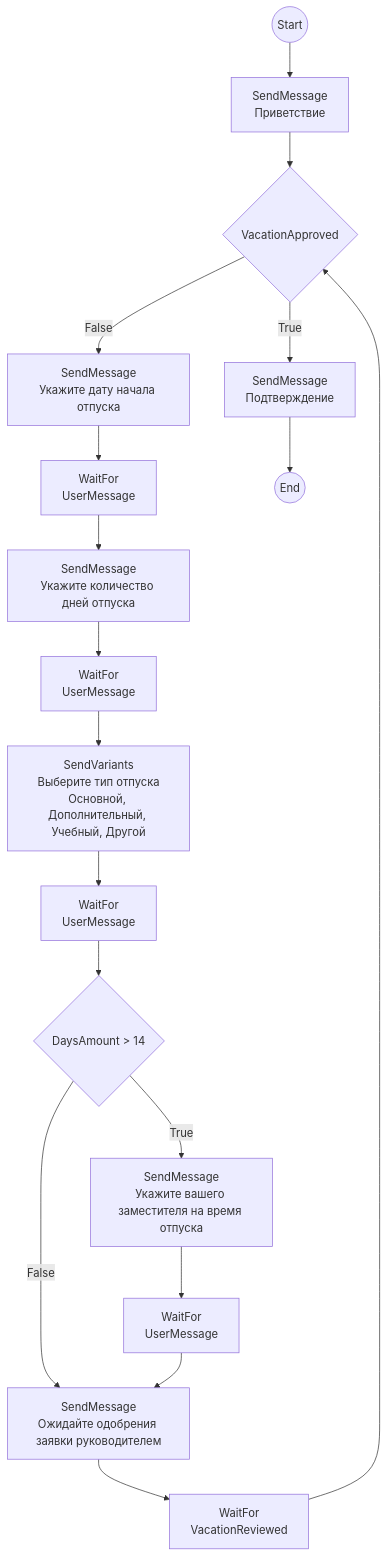
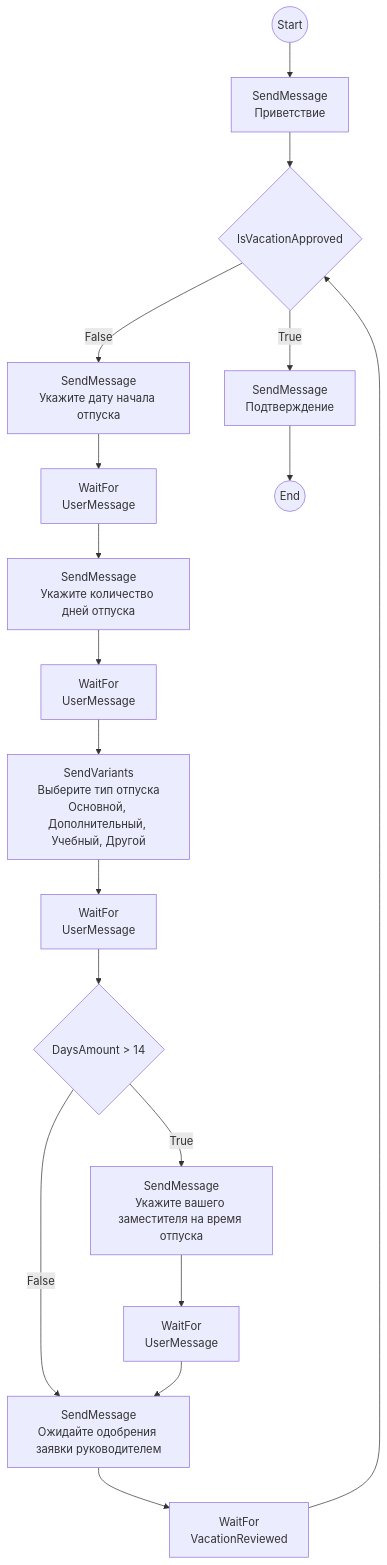
The diagram in README.md (MikD1/DotNext2023), drawn with Mermaid before and after one commit. The commit also changed 14 other files, not shown here.

````diff
--- a/README.md
+++ b/README.md
@@ -5,37 +5,37 @@
 ```mermaid
 flowchart TB
 startNode((Start))
 0[SendMessage\nПриветствие]
-1{VacationApproved}
+1{IsVacationApproved}
 2[SendMessage\nУкажите дату начала отпуска]
 3["WaitFor\nUserMessage"]
 4[SendMessage\nУкажите количество дней отпуска]
 5["WaitFor\nUserMessage"]
 6[SendVariants\nВыберите тип отпуска\nОсновной, Дополнительный, Учебный, Другой]
 7["WaitFor\nUserMessage"]
 8{DaysAmount > 14}
 9[SendMessage\nУкажите вашего заместителя на время отпуска]
 10["WaitFor\nUserMessage"]
 11[SendMessage\nОжидайте одобрения заявки руководителем]
 12["WaitFor\nVacationReviewed"]
 13[SendMessage\nПодтверждение]
 14((End))
 
 startNode --> 0
 0 --> 1
 1 -->|True| 13
 1 -->|False| 2
 2 --> 3
 3 --> 4
 4 --> 5
 5 --> 6
 6 --> 7
 7 --> 8
 8 -->|True| 9
 8 -->|False| 11
 9 --> 10
 10 --> 11
 11 --> 12
 12 --> 1
 13 --> 14
 ```
````
